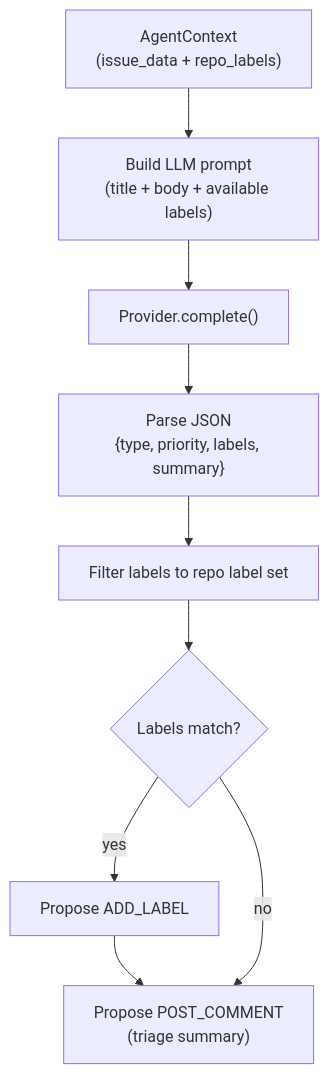
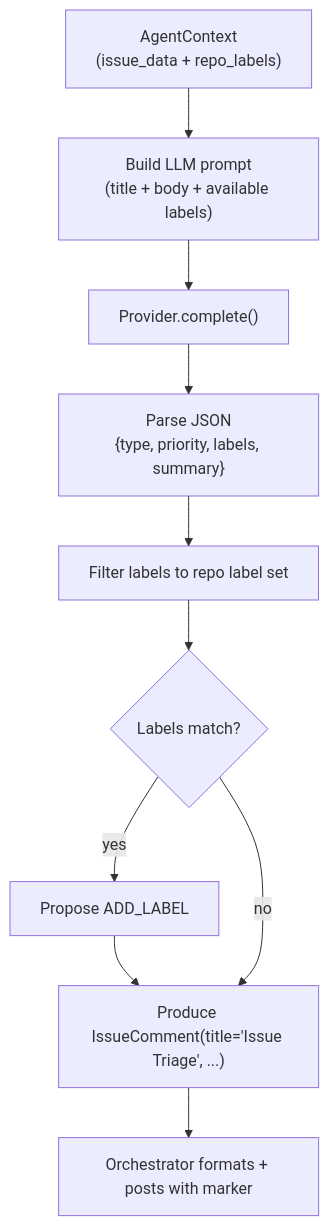
One commit to OpenAgentHQ/repo-heart changed the second of 5 diagrams in docs/diagrams/agents.md. Above: the diagram before and after it, drawn with Mermaid. The commit also changed other lines of this file and 27 other files, not shown here.

````diff
--- a/docs/diagrams/agents.md
+++ b/docs/diagrams/agents.md
@@ -88,11 +134,12 @@
 ```mermaid
 flowchart TD
     A["AgentContext<br/>(issue_data + repo_labels)"] --> B["Build LLM prompt<br/>(title + body + available labels)"]
     B --> C["Provider.complete()"]
     C --> D["Parse JSON<br/>{type, priority, labels, summary}"]
     D --> E["Filter labels to repo label set"]
     E --> F{Labels match?}
     F -- yes --> G["Propose ADD_LABEL"]
-    G --> H["Propose POST_COMMENT<br/>(triage summary)"]
+    G --> H["Produce IssueComment(title='Issue Triage', ...)"]
     F -- no --> H
+    H --> I["Orchestrator formats + posts with marker"]
 ```
````
